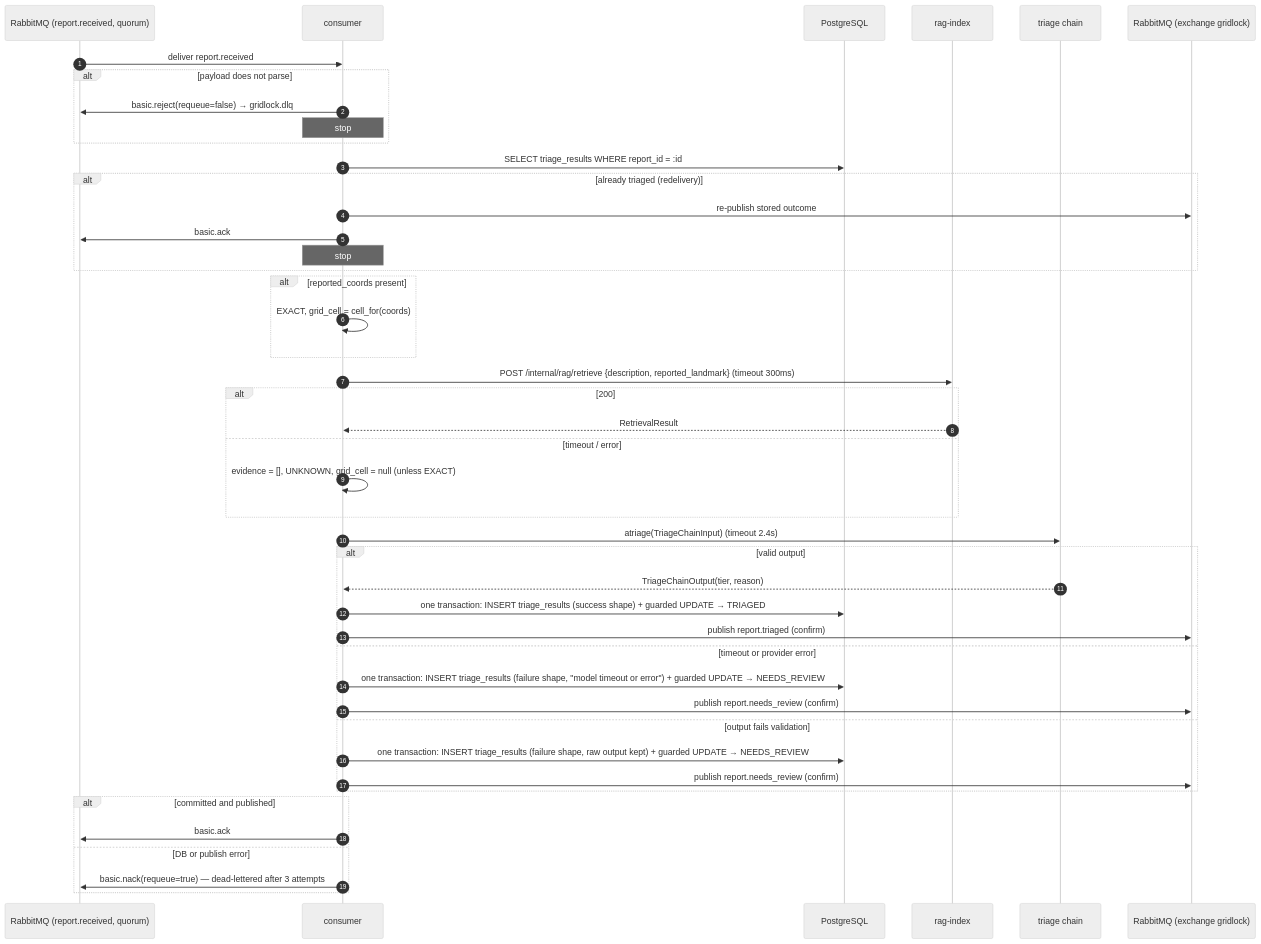
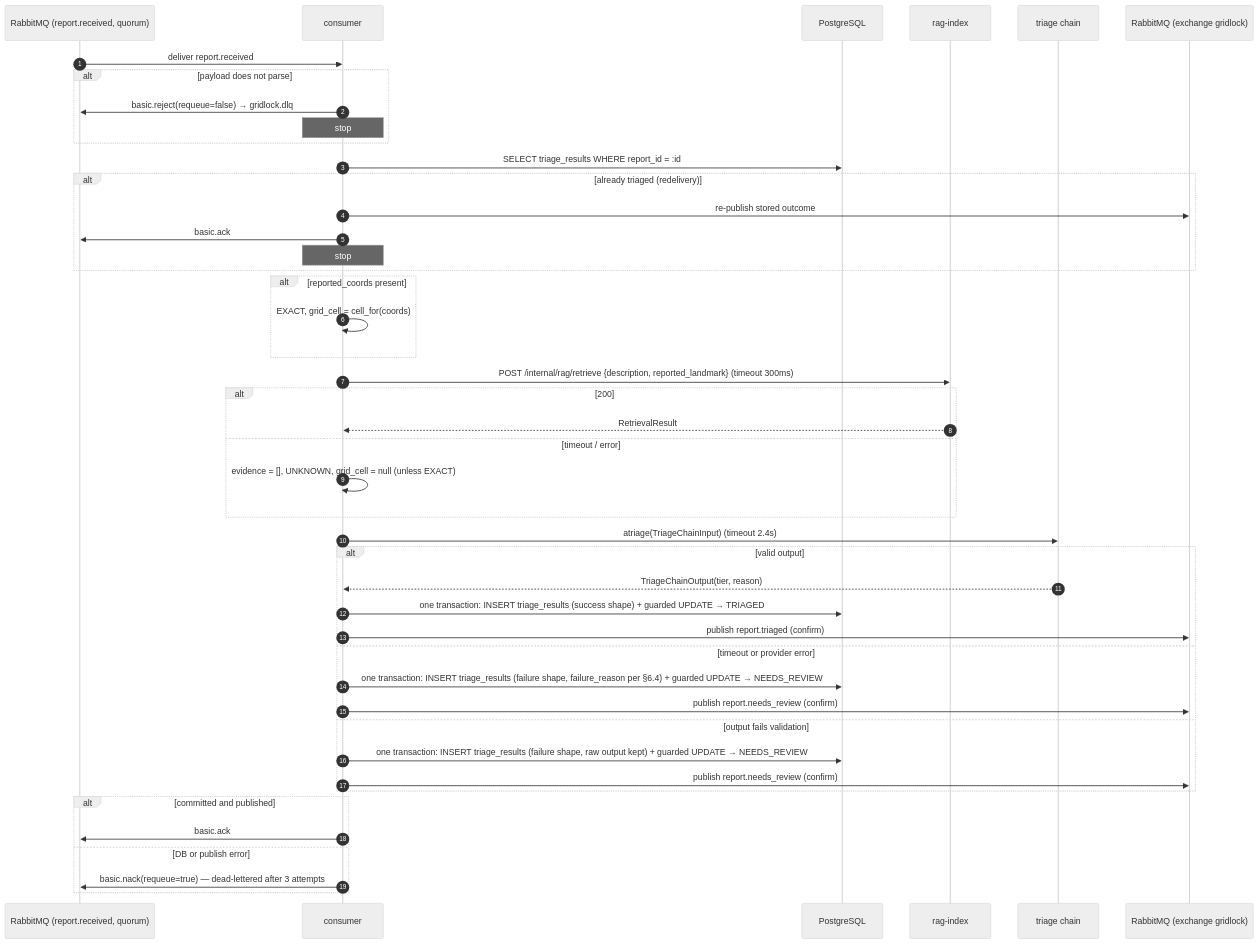
One commit to Katlego-tech/Grid-Lock changed the second of 3 diagrams in docs/design/triage.md. Above: the diagram before and after it, drawn with Mermaid (neutral theme). The commit also changed other lines of this file and 5 other files, not shown here.

````diff
--- a/docs/design/triage.md
+++ b/docs/design/triage.md
@@ -103,50 +103,50 @@
 ```mermaid
 sequenceDiagram
     autonumber
     participant MQ as RabbitMQ (report.received, quorum)
     participant C as consumer
     participant DB as PostgreSQL
     participant RAG as rag-index
     participant CH as triage chain
     participant OUT as RabbitMQ (exchange gridlock)
 
     MQ->>C: deliver report.received
     alt payload does not parse
         C->>MQ: basic.reject(requeue=false) → gridlock.dlq
         Note over C: stop
     end
     C->>DB: SELECT triage_results WHERE report_id = :id
     alt already triaged (redelivery)
         C->>OUT: re-publish stored outcome
         C->>MQ: basic.ack
         Note over C: stop
     end
 
     alt reported_coords present
         C->>C: EXACT, grid_cell = cell_for(coords)
     end
     C->>RAG: POST /internal/rag/retrieve {description, reported_landmark} (timeout 300ms)
     alt 200
         RAG-->>C: RetrievalResult
     else timeout / error
         C->>C: evidence = [], UNKNOWN, grid_cell = null (unless EXACT)
     end
 
     C->>CH: atriage(TriageChainInput) (timeout 2.4s)
     alt valid output
         CH-->>C: TriageChainOutput(tier, reason)
         C->>DB: one transaction: INSERT triage_results (success shape) + guarded UPDATE → TRIAGED
         C->>OUT: publish report.triaged (confirm)
     else timeout or provider error
-        C->>DB: one transaction: INSERT triage_results (failure shape, "model timeout or error") + guarded UPDATE → NEEDS_REVIEW
+        C->>DB: one transaction: INSERT triage_results (failure shape, failure_reason per §6.4) + guarded UPDATE → NEEDS_REVIEW
         C->>OUT: publish report.needs_review (confirm)
     else output fails validation
         C->>DB: one transaction: INSERT triage_results (failure shape, raw output kept) + guarded UPDATE → NEEDS_REVIEW
         C->>OUT: publish report.needs_review (confirm)
     end
     alt committed and published
         C->>MQ: basic.ack
     else DB or publish error
         C->>MQ: basic.nack(requeue=true) — dead-lettered after 3 attempts
     end
 ```
````
